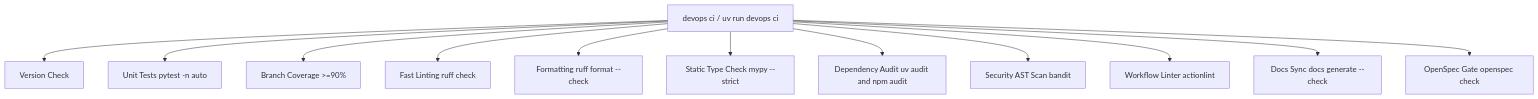
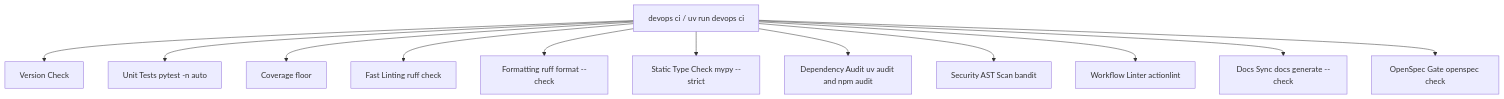
Before and after one commit to dan-petty/devops-cli: the diagram in src/devops_cli/ai/knowledge_base/devops_cli/tasks/ci_quality_gate.md, drawn with Mermaid. The commit also changed other lines of this file and 15 other files, not shown here.

First line of the commit message:
perf(ci): lower the coverage floor to 85% and fail a pull request below 90% on its changed lines

````diff
--- a/src/devops_cli/ai/knowledge_base/devops_cli/tasks/ci_quality_gate.md
+++ b/src/devops_cli/ai/knowledge_base/devops_cli/tasks/ci_quality_gate.md
@@ -11,14 +11,14 @@
 ```mermaid
 graph TD
     A[devops ci / uv run devops ci] --> B[Version Check]
     A --> C[Unit Tests pytest -n auto]
-    A --> D[Branch Coverage >=90%]
+    A --> D[Coverage floor]
     A --> E[Fast Linting ruff check]
     A --> F[Formatting ruff format --check]
     A --> G[Static Type Check mypy --strict]
     A --> H[Dependency Audit uv audit and npm audit]
     A --> I[Security AST Scan bandit]
     A --> J[Workflow Linter actionlint]
     A --> K[Docs Sync docs generate --check]
     A --> L[OpenSpec Gate openspec check]
 ```
````
